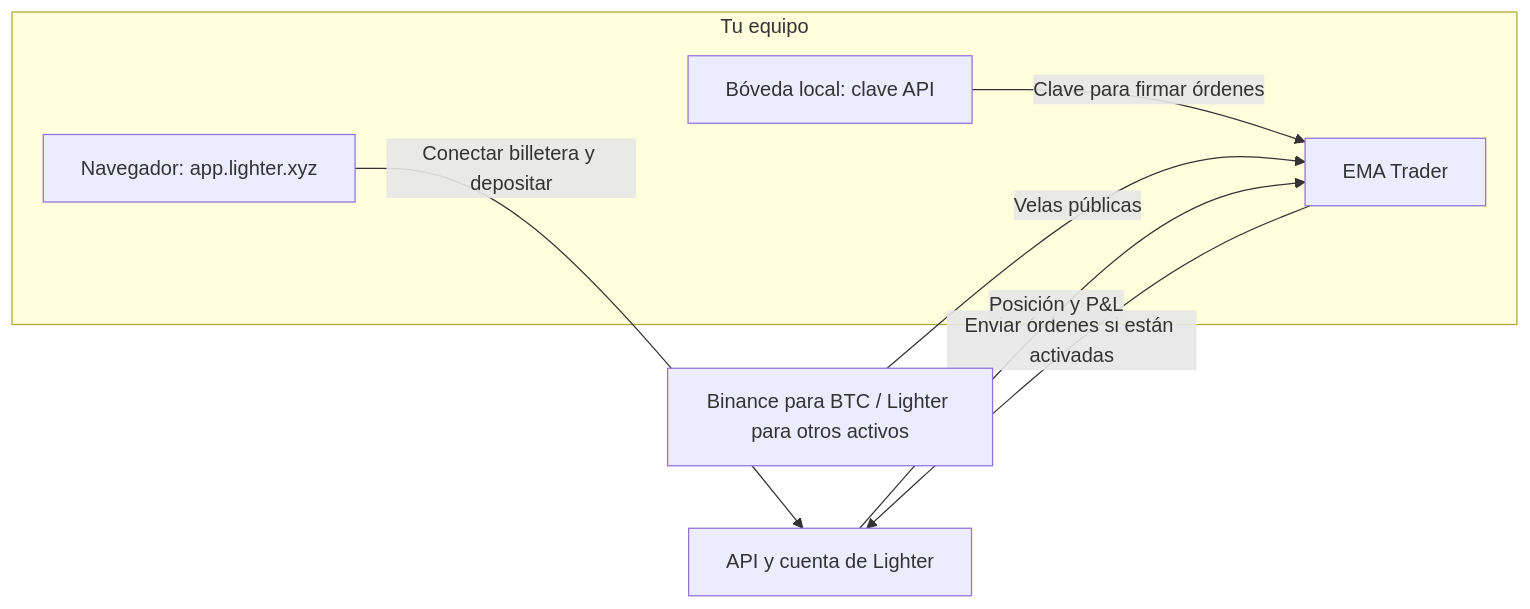
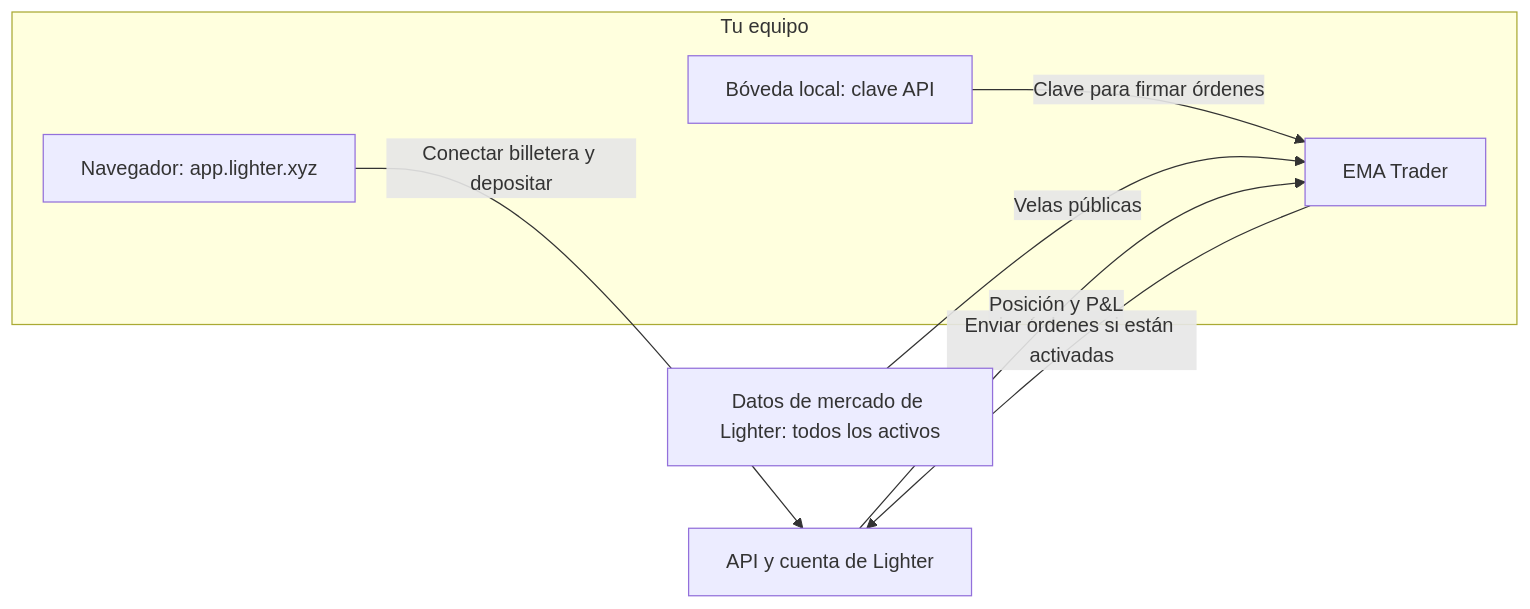
One commit to ramonck/EMATrader changed the diagram in README.es.md. Above: the diagram before and after it, drawn with Mermaid. The commit also changed other lines of this file and 25 other files, not shown here.

````diff
--- a/README.es.md
+++ b/README.es.md
@@ -33,15 +35,15 @@
 ```mermaid
 flowchart LR
     subgraph LOCAL["Tu equipo"]
         B["Navegador: app.lighter.xyz"]
         R["EMA Trader"]
         V["Bóveda local: clave API"]
     end
     L["API y cuenta de Lighter"]
-    M["Binance para BTC / Lighter para otros activos"]
+    M["Datos de mercado de Lighter: todos los activos"]
     B -->|"Conectar billetera y depositar"| L
     V -->|"Clave para firmar órdenes"| R
     M -->|"Velas públicas"| R
     R -->|"Enviar órdenes si están activadas"| L
     L -->|"Posición y P&L"| R
 ```
````
